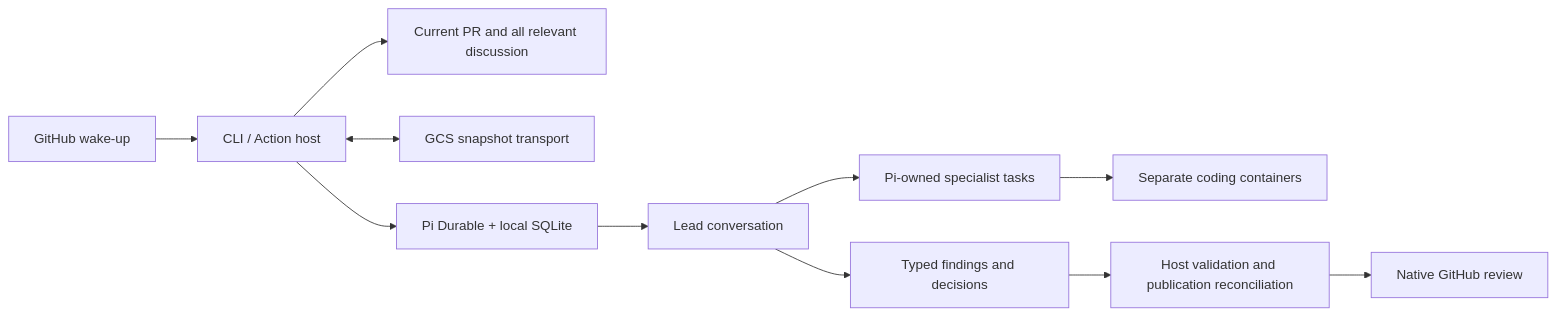
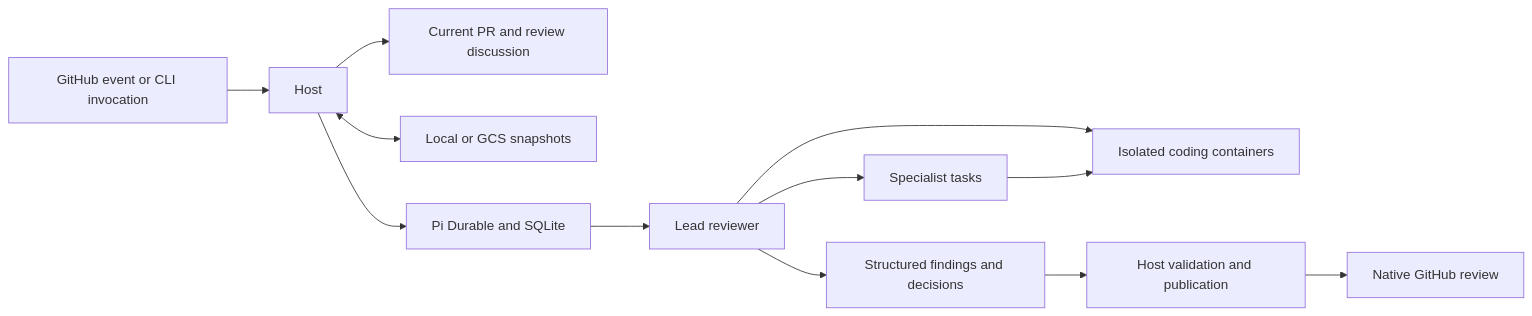
The diagram in docs/architecture.md (timReynolds/sift), drawn with Mermaid before and after one commit. The commit also changed other lines of this file and 12 other files, not shown here.

````diff
--- a/docs/architecture.md
+++ b/docs/architecture.md
@@ -5,13 +5,14 @@
 ```mermaid
 flowchart LR
-  E[GitHub wake-up] --> H[CLI / Action host]
-  H --> G[Current PR and all relevant discussion]
-  H <--> S[GCS snapshot transport]
-  H --> P[Pi Durable + local SQLite]
-  P --> L[Lead conversation]
-  L --> T[Pi-owned specialist tasks]
-  T --> W[Separate coding containers]
-  L --> D[Typed findings and decisions]
-  D --> V[Host validation and publication reconciliation]
+  E[GitHub event or CLI invocation] --> H[Host]
+  H --> G[Current PR and review discussion]
+  H <--> S[Local or GCS snapshots]
+  H --> P[Pi Durable and SQLite]
+  P --> L[Lead reviewer]
+  L --> T[Specialist tasks]
+  L --> W[Isolated coding containers]
+  T --> W
+  L --> D[Structured findings and decisions]
+  D --> V[Host validation and publication]
   V --> R[Native GitHub review]
 ```
````
